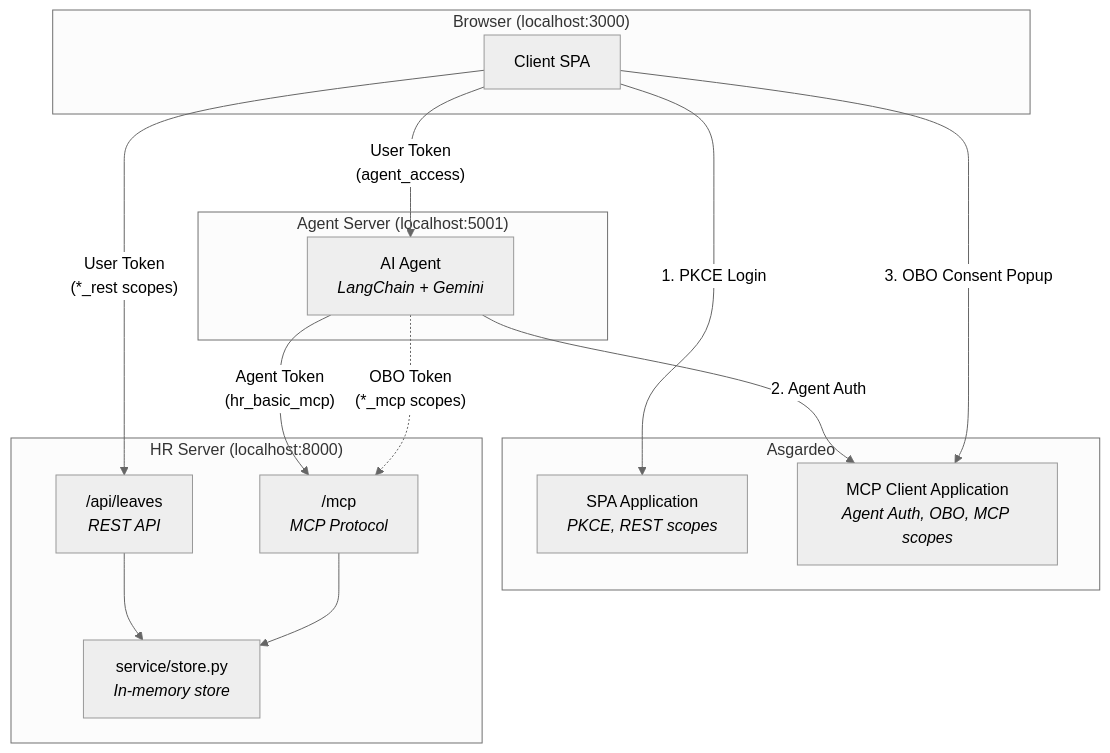
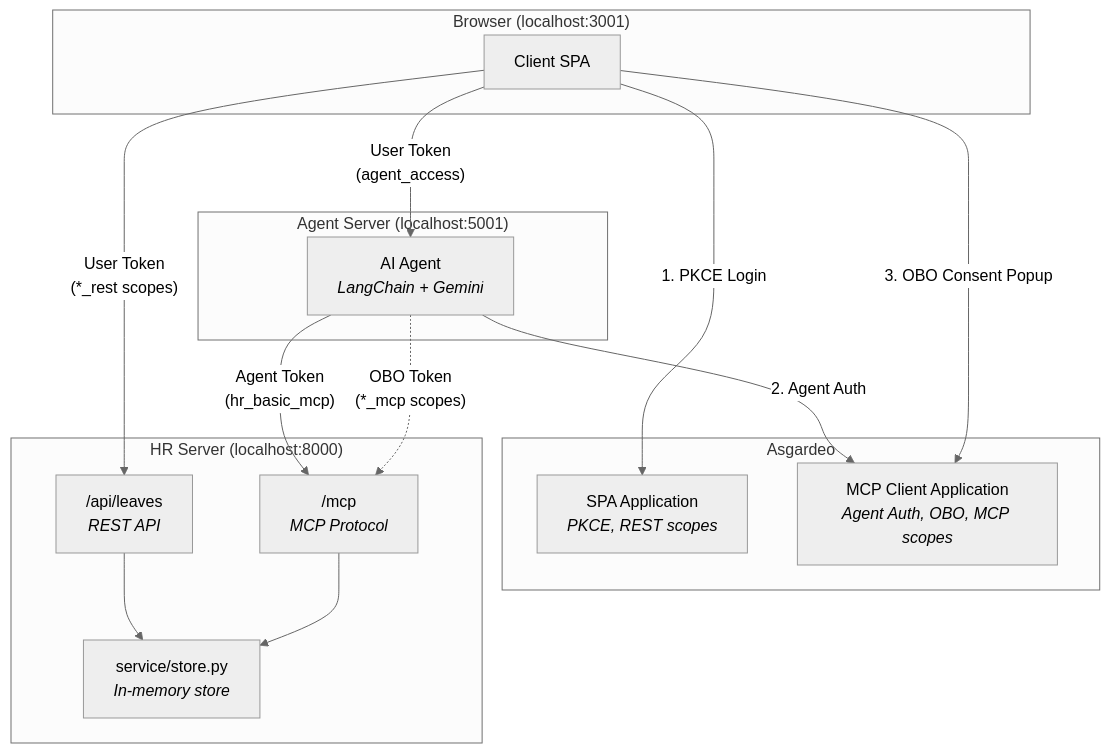
One commit to ramith/smart-employee-assistant-ai-demo changed the diagram in smart-employee-agent/README.md. Above: the diagram before and after it, drawn with Mermaid (neutral theme). The commit also changed other lines of this file and 8 other files, not shown here.

````diff
--- a/smart-employee-agent/README.md
+++ b/smart-employee-agent/README.md
@@ -17,40 +17,40 @@
 ```mermaid
 graph TB
     subgraph Asgardeo
         SPA_APP["SPA Application<br/><i>PKCE, REST scopes</i>"]
         MCP_APP["MCP Client Application<br/><i>Agent Auth, OBO, MCP scopes</i>"]
     end
 
-    subgraph "Browser (localhost:3000)"
+    subgraph "Browser (localhost:3001)"
         CLIENT["Client SPA"]
     end
 
     subgraph "Agent Server (localhost:5001)"
         AGENT["AI Agent<br/><i>LangChain + Gemini</i>"]
     end
 
     subgraph "HR Server (localhost:8000)"
         HR_REST["/api/leaves<br/><i>REST API</i>"]
         HR_MCP["/mcp<br/><i>MCP Protocol</i>"]
         HR_DATA["service/store.py<br/><i>In-memory store</i>"]
     end
 
     %% Authentication flows
     CLIENT -- "1. PKCE Login" --> SPA_APP
     AGENT -- "2. Agent Auth" --> MCP_APP
     CLIENT -- "3. OBO Consent Popup" --> MCP_APP
 
     %% User → REST (direct, with SPA token + *_rest scopes)
     CLIENT -- "User Token<br/>(*_rest scopes)" --> HR_REST
 
     %% User → Agent (chat)
     CLIENT -- "User Token<br/>(agent_access)" --> AGENT
 
     %% Agent → MCP (with agent/OBO token + *_mcp scopes)
     AGENT -- "Agent Token<br/>(hr_basic_mcp)" --> HR_MCP
     AGENT -. "OBO Token<br/>(*_mcp scopes)" .-> HR_MCP
 
     %% In-memory data
     HR_REST --> HR_DATA
     HR_MCP --> HR_DATA
 ```
````
